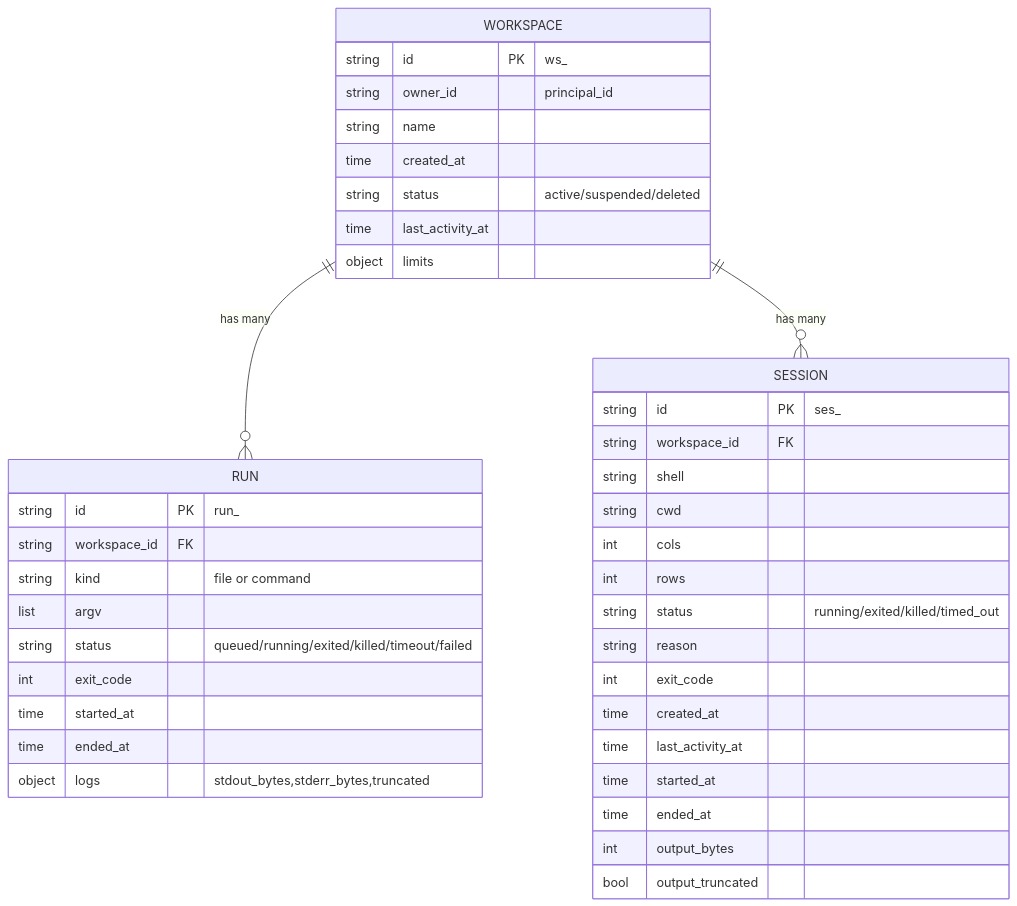
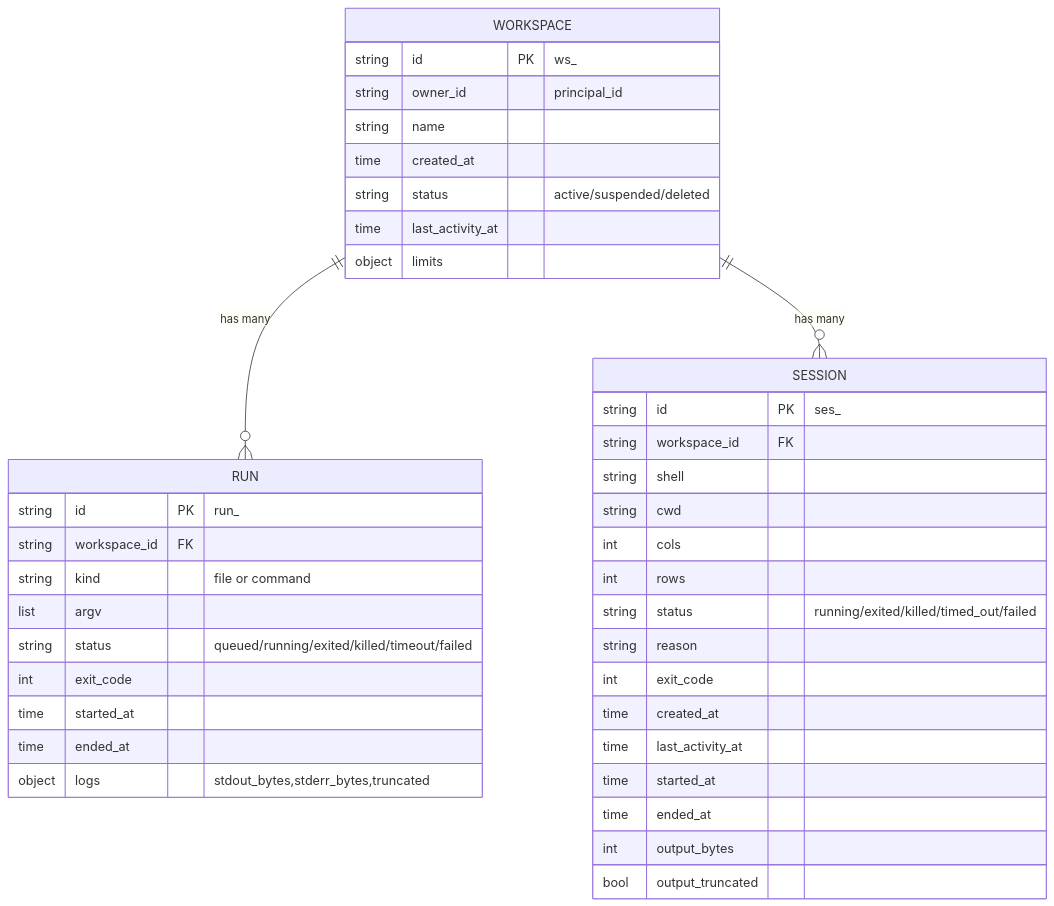
Before and after one commit to M3-mo2/cloud-service: diagram 14 of 17 in docs/ARCHITECTURE.md, drawn with Mermaid. The commit also changed other lines of this file and 22 other files, not shown here.

````diff
--- a/docs/ARCHITECTURE.md
+++ b/docs/ARCHITECTURE.md
@@ -617,42 +659,42 @@
 ```mermaid
 erDiagram
     WORKSPACE ||--o{ RUN : "has many"
     WORKSPACE ||--o{ SESSION : "has many"
     WORKSPACE {
         string id PK "ws_<ULID>"
         string owner_id "principal_id"
         string name
         time created_at
         string status "active/suspended/deleted"
         time last_activity_at
         object limits
     }
     RUN {
         string id PK "run_<ULID>"
         string workspace_id FK
         string kind "file or command"
         list argv
         string status "queued/running/exited/killed/timeout/failed"
         int exit_code
         time started_at
         time ended_at
         object logs "stdout_bytes,stderr_bytes,truncated"
     }
     SESSION {
         string id PK "ses_<ULID>"
         string workspace_id FK
         string shell
         string cwd
         int cols
         int rows
-        string status "running/exited/killed/timed_out"
+        string status "running/exited/killed/timed_out/failed"
         string reason
         int exit_code
         time created_at
         time last_activity_at
         time started_at
         time ended_at
         int output_bytes
         bool output_truncated
     }
 ```
````
